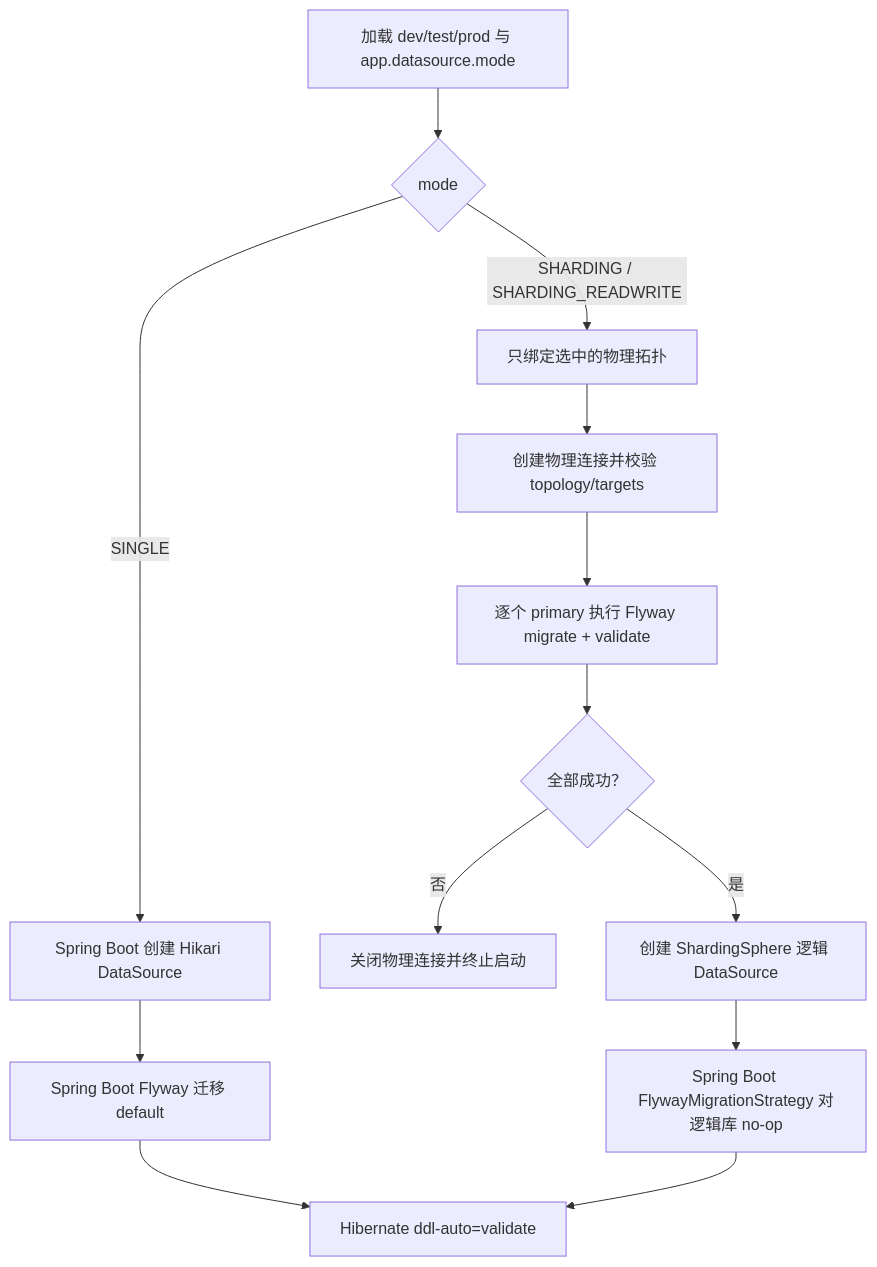
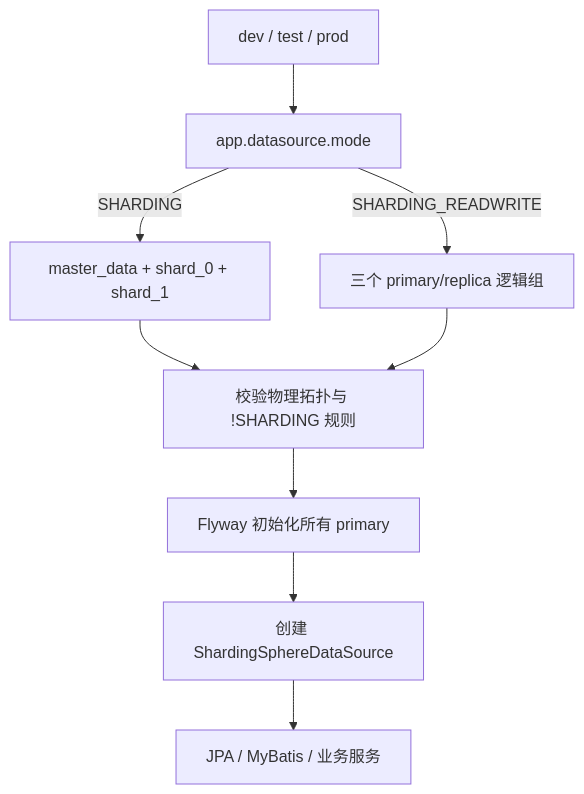
The diagram in docs/superpowers/specs/2026-07-23-archetype-shardingsphere-flyway-design.md (AllenDEricDAlexander/Egon-COLA), drawn with Mermaid before and after one commit. The commit also changed other lines of this file, not shown here.

Commit message:
docs: revise archetype sharding strategy design

````diff
--- a/docs/superpowers/specs/2026-07-23-archetype-shardingsphere-flyway-design.md
+++ b/docs/superpowers/specs/2026-07-23-archetype-shardingsphere-flyway-design.md
@@ -760,15 +106,11 @@
 ```mermaid
 flowchart TD
-    A["加载 dev/test/prod 与 app.datasource.mode"] --> B{"mode"}
-    B -- "SINGLE" --> C["Spring Boot 创建 Hikari DataSource"]
-    C --> D["Spring Boot Flyway 迁移 default"]
-    B -- "SHARDING / SHARDING_READWRITE" --> E["只绑定选中的物理拓扑"]
-    E --> F["创建物理连接并校验 topology/targets"]
-    F --> G["逐个 primary 执行 Flyway migrate + validate"]
-    G --> H{"全部成功？"}
-    H -- "否" --> I["关闭物理连接并终止启动"]
-    H -- "是" --> J["创建 ShardingSphere 逻辑 DataSource"]
-    J --> K["Spring Boot FlywayMigrationStrategy 对逻辑库 no-op"]
-    D --> L["Hibernate ddl-auto=validate"]
-    K --> L
+    A["dev / test / prod"] --> B["app.datasource.mode"]
+    B -->|"SHARDING"| C["master_data + shard_0 + shard_1"]
+    B -->|"SHARDING_READWRITE"| D["三个 primary/replica 逻辑组"]
+    C --> E["校验物理拓扑与 !SHARDING 规则"]
+    D --> E
+    E --> F["Flyway 初始化所有 primary"]
+    F --> G["创建 ShardingSphereDataSource"]
+    G --> H["JPA / MyBatis / 业务服务"]
 ```
````
